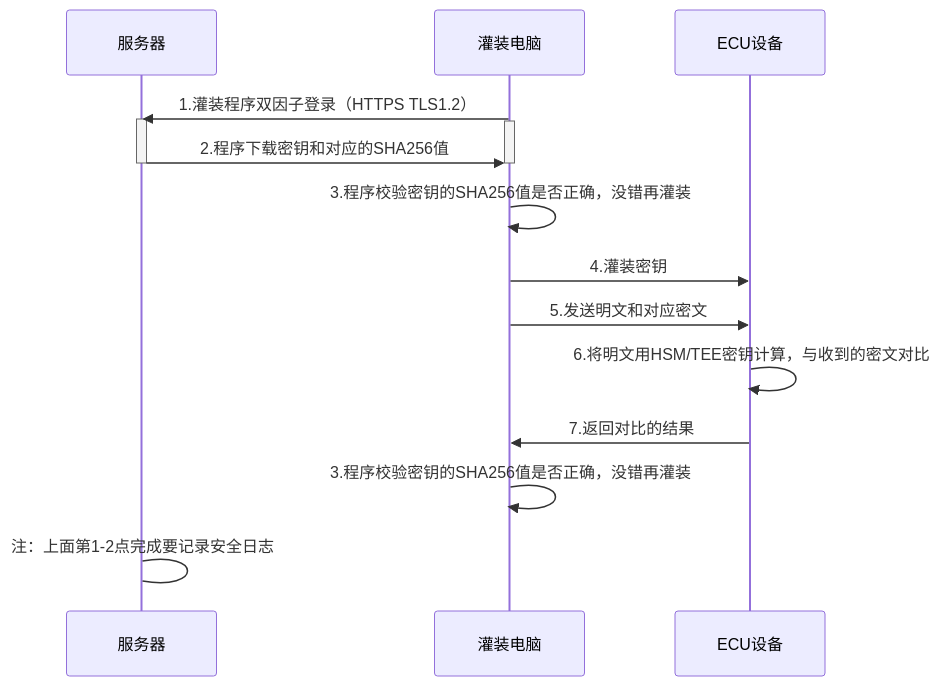
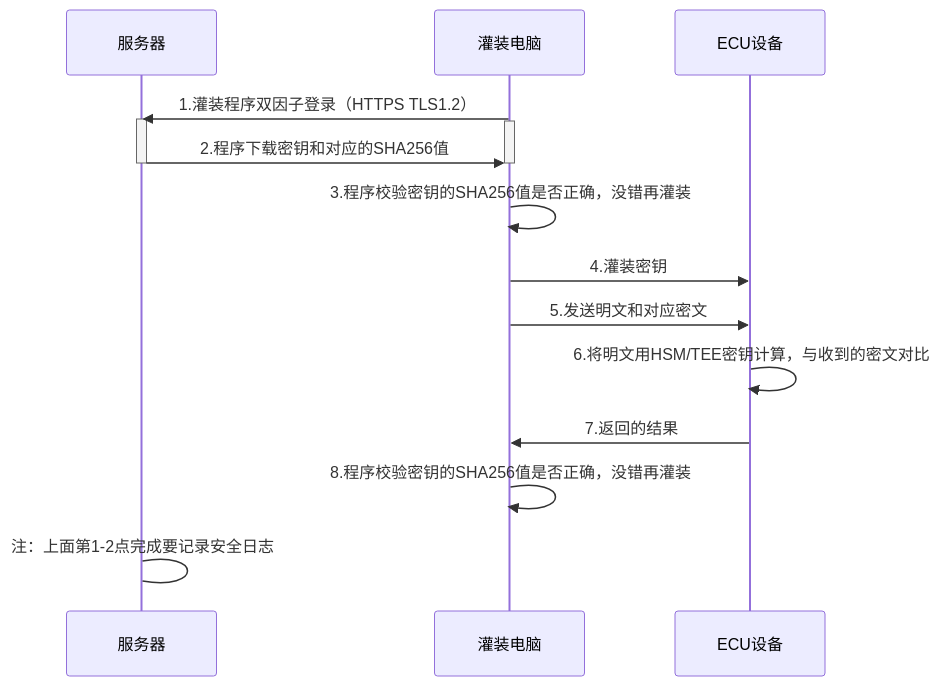
One commit to facebook-cloud/iodraw-files changed the diagram in all/未命名-25.md. Above: the diagram before and after it, drawn with Mermaid.

Commit message:
2026-04-21 15:25:45 update

````diff
--- a/all/未命名-25.md
+++ b/all/未命名-25.md
@@ -1,25 +1,25 @@
 ```mermaid
 sequenceDiagram
   
     participant B as 服务器
     participant D as 灌装电脑
     participant E as ECU设备
 
     D->>B: 1.灌装程序双因子登录（HTTPS TLS1.2）
     activate B
     activate D
 
     B->>D: 2.程序下载密钥和对应的SHA256值 
 
     deactivate B
     deactivate D
     
     D->>D: 3.程序校验密钥的SHA256值是否正确，没错再灌装
     D->>E: 4.灌装密钥
     D->>E: 5.发送明文和对应密文
     E->>E: 6.将明文用HSM/TEE密钥计算，与收到的密文对比
-    E->>D: 7.返回对比的结果
-    D->>D: 3.程序校验密钥的SHA256值是否正确，没错再灌装
+    E->>D: 7.返回的结果
+    D->>D: 8.程序校验密钥的SHA256值是否正确，没错再灌装
 
     B->B: 注：上面第1-2点完成要记录安全日志
 ```
````
